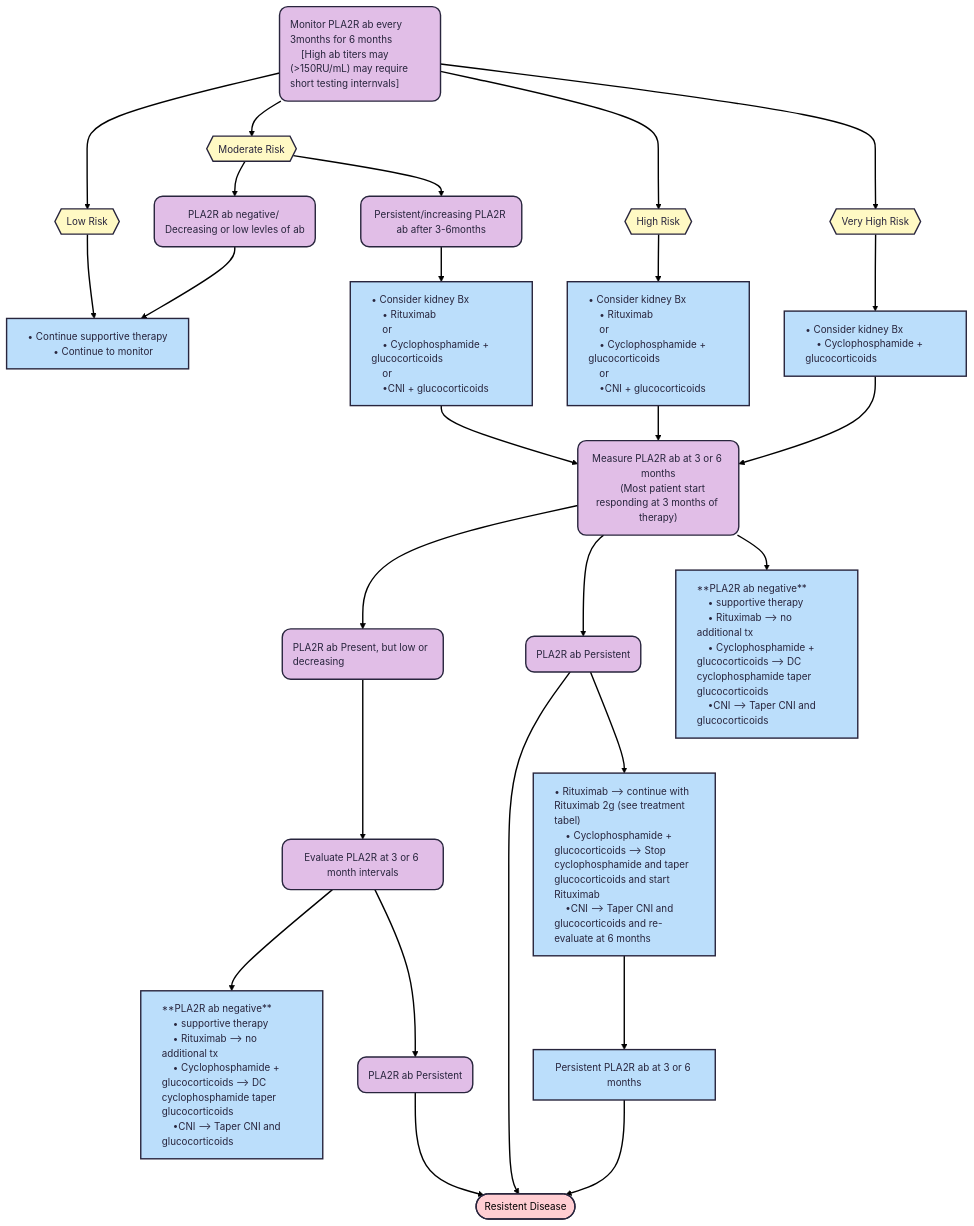
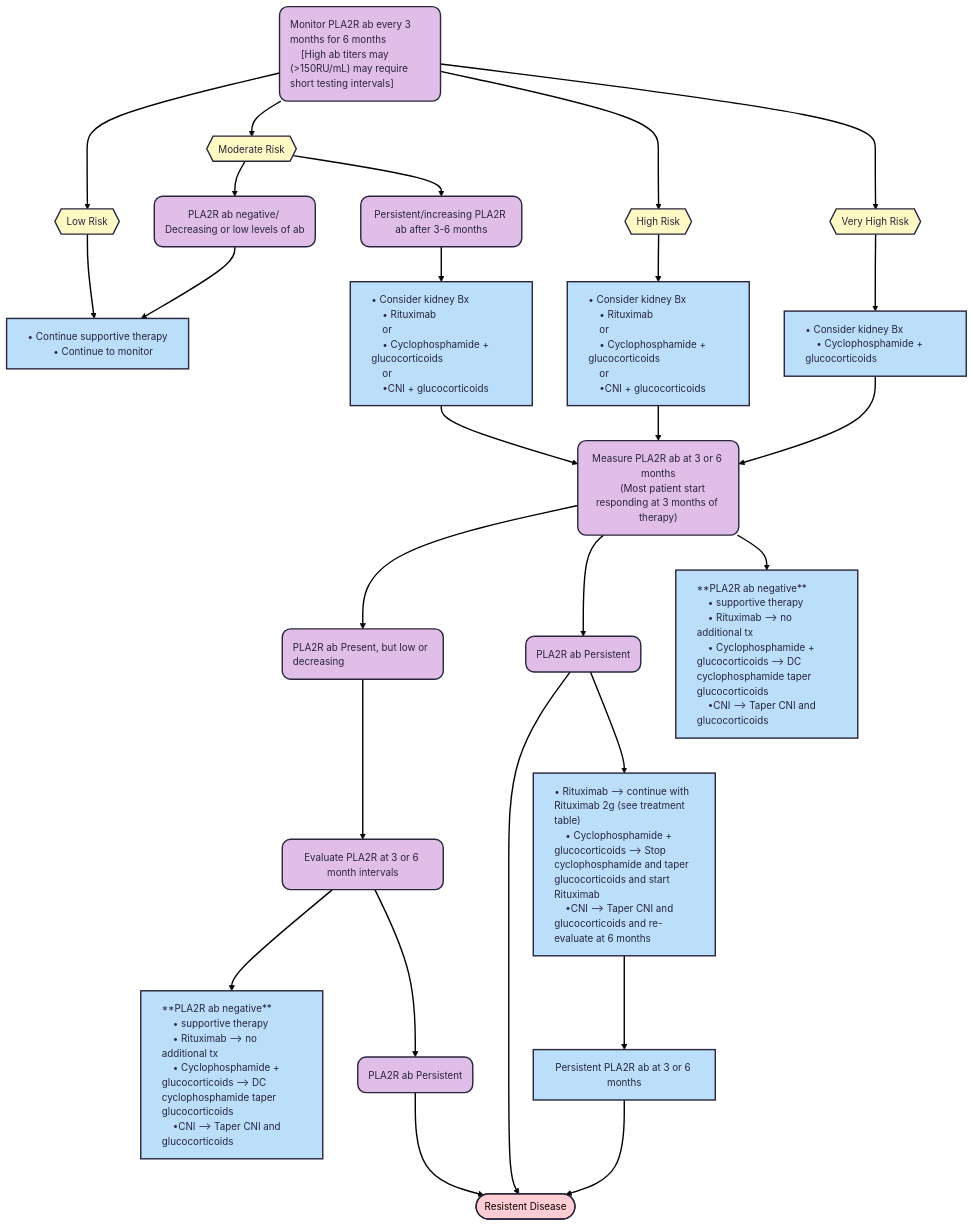
One commit to TTUNEPH2025/GN changed the third of 4 diagrams in docs/Membranous.md. Above: the diagram before and after it, drawn with Mermaid. The commit also changed other lines of this file, not shown here.

````diff
--- a/docs/Membranous.md
+++ b/docs/Membranous.md
@@ -206,81 +206,81 @@
 ```mermaid
 ---
 config:
   theme: redux
 ---
 flowchart TD
-    n9["Monitor PLA2R ab every 3months for 6 months
-    [High ab titers may (>150RU/mL) may require short testing internvals]"] --> n10["Low Risk"] & n11["Moderate Risk"] & n12["High Risk"] & n13["Very High Risk"]
-    n11 --> n15["PLA2R ab negative/ Decreasing or low levles of ab"] & n16["Persistent/increasing PLA2R ab after 3-6months"]
+    n9["Monitor PLA2R ab every 3 months for 6 months
+    [High ab titers may (>150RU/mL) may require short testing intervals]"] --> n10["Low Risk"] & n11["Moderate Risk"] & n12["High Risk"] & n13["Very High Risk"]
+    n11 --> n15["PLA2R ab negative/ Decreasing or low levels of ab"] & n16["Persistent/increasing PLA2R ab after 3-6 months"]
     n15 --> n75["• Continue supportive therapy
     • Continue to monitor"]
     n12 --> n18["• Consider kidney Bx
     • Rituximab 
     or 
     • Cyclophosphamide + glucocorticoids
     or
     •CNI + glucocorticoids"]
     n13 --> n19["• Consider kidney Bx
     • Cyclophosphamide + glucocorticoids"]
     n16 --> n22["• Consider kidney Bx
     • Rituximab 
     or 
     • Cyclophosphamide + glucocorticoids
     or
     •CNI + glucocorticoids"]
     n18 --> n24["Measure PLA2R ab at 3 or 6 months
     (Most patient start responding at 3 months of therapy)"]
     n19 --> n24
     n22 --> n24
     n24 --> n26["PLA2R ab Present, but low or decreasing"] & n27["PLA2R ab Persistent"] & n28["**PLA2R ab negative**
     • supportive therapy
     • Rituximab --> no additional tx
     • Cyclophosphamide + glucocorticoids --> DC cyclophosphamide taper glucocorticoids
     •CNI --> Taper CNI and glucocorticoids"]
     n26 --> n29["Evaluate PLA2R at 3 or 6 month intervals"]
     n29 --> n30["**PLA2R ab negative**
     • supportive therapy
     • Rituximab --> no additional tx
     • Cyclophosphamide + glucocorticoids --> DC cyclophosphamide taper glucocorticoids
     •CNI --> Taper CNI and glucocorticoids"] & n31["PLA2R ab Persistent"]
     n31 --> n32(["Resistent Disease"])
-    n27 --> n32 & n73["• Rituximab --> continue with Rituximab 2g (see treatment tabel)
+    n27 --> n32 & n73["• Rituximab --> continue with Rituximab 2g (see treatment table)
     • Cyclophosphamide + glucocorticoids --> Stop cyclophosphamide and taper glucocorticoids and start Rituximab
     •CNI --> Taper CNI and glucocorticoids and re-evaluate at 6 months"]
     n73 --> n74["Persistent PLA2R ab at 3 or 6 months"]
     n74 --> n32
     n10 --> n75
     n9@{ shape: rounded}
     n10@{ shape: hex}
     n11@{ shape: hex}
     n12@{ shape: hex}
     n13@{ shape: hex}
     n15@{ shape: rounded}
     n16@{ shape: rounded}
     n24@{ shape: rounded}
     n26@{ shape: rounded}
     n27@{ shape: rounded}
     n29@{ shape: rounded}
     n31@{ shape: rounded}
     style n9 fill:#E1BEE7,text-align:left
     style n10 fill:#FFF9C4
     style n11 fill:#FFF9C4
     style n12 fill:#FFF9C4
     style n13 fill:#FFF9C4
     style n15 fill:#E1BEE7
     style n16 fill:#E1BEE7
     style n75 fill:#BBDEFB
     style n18 fill:#BBDEFB,text-align:left
     style n19 fill:#BBDEFB,text-align:left
     style n22 fill:#BBDEFB,text-align:left
     style n24 fill:#E1BEE7
     style n26 fill:#E1BEE7,text-align:left
     style n27 fill:#E1BEE7
     style n28 fill:#BBDEFB,text-align:left
     style n29 fill:#E1BEE7
     style n30 fill:#BBDEFB,text-align:left
     style n31 fill:#E1BEE7
     style n32 color:#000000,fill:#FFCDD2,text-align:left
     style n73 fill:#BBDEFB,text-align:left
     style n74 fill:#BBDEFB
 ```
````
